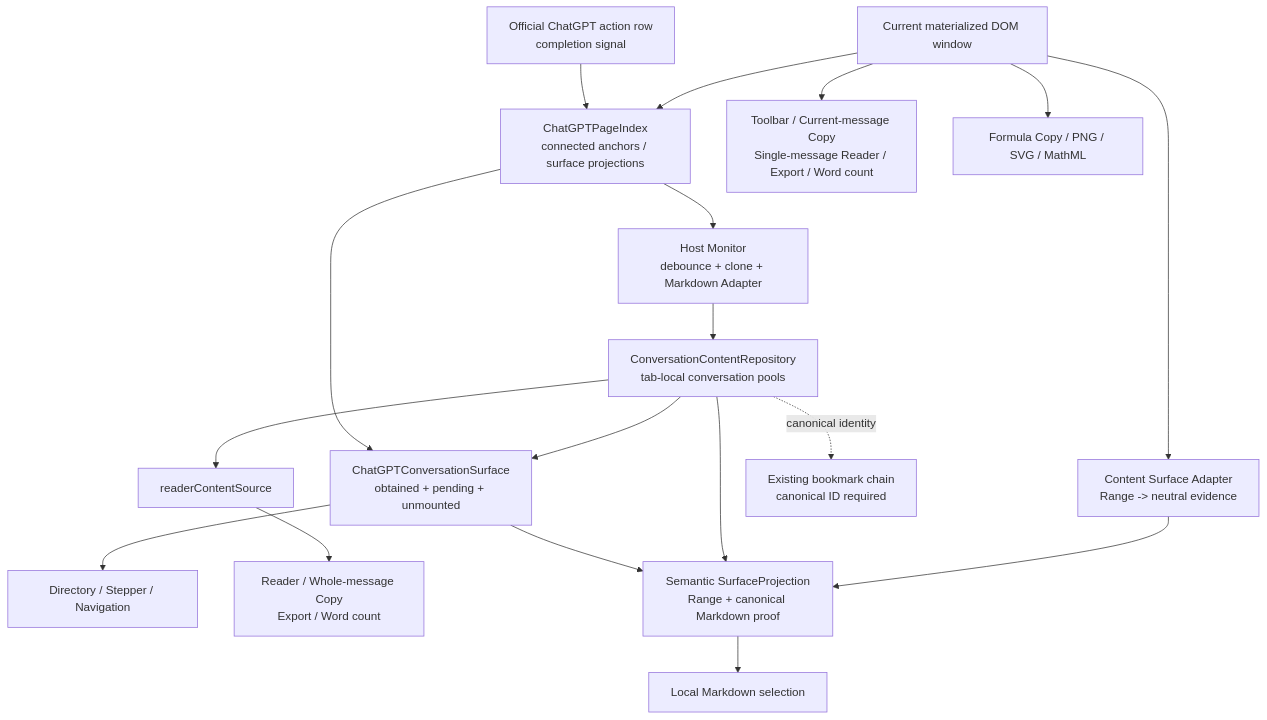
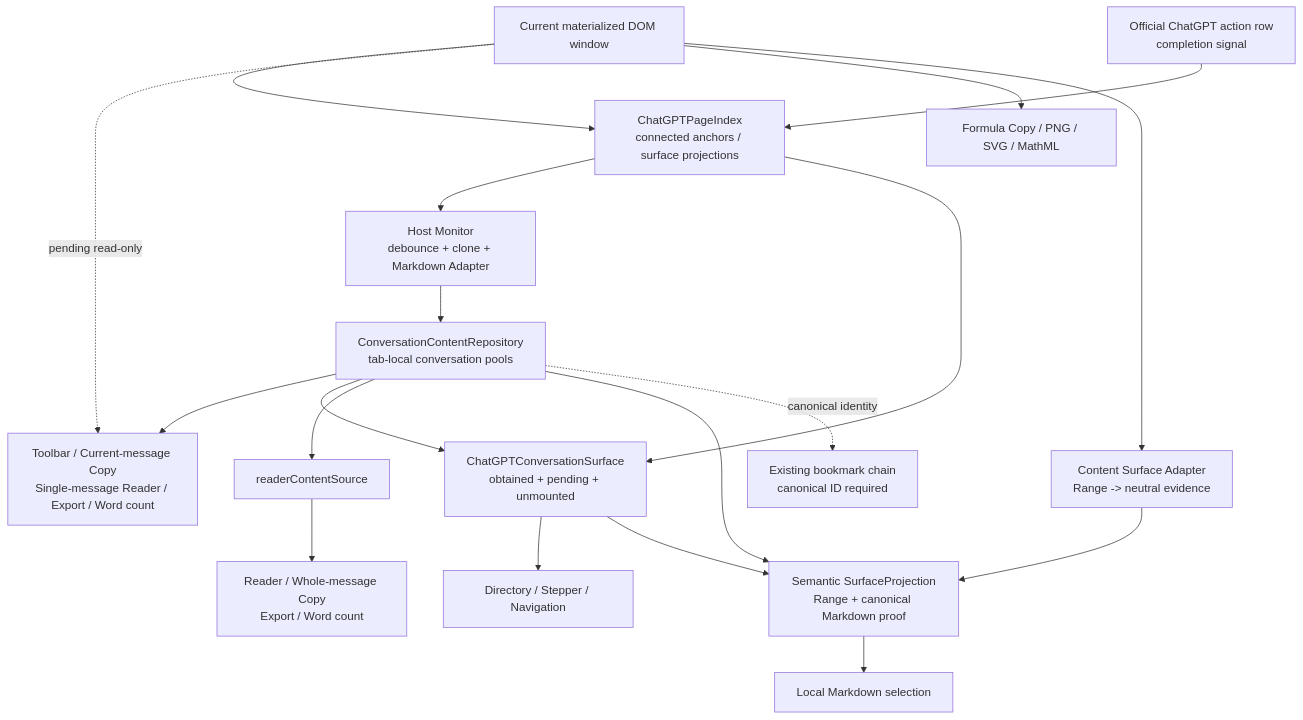
One commit to zhaoliangbin42/AI-MarkDone changed the diagram in docs/architecture/CURRENT_STATE.md. Above: the diagram before and after it, drawn with Mermaid. The commit also changed other lines of this file and 58 other files, not shown here.

````diff
--- a/docs/architecture/CURRENT_STATE.md
+++ b/docs/architecture/CURRENT_STATE.md
@@ -447,35 +452,36 @@
 ```mermaid
 flowchart TD
     Action["Official ChatGPT action row<br/>completion signal"]
     HostMonitor["Host Monitor<br/>debounce + clone + Markdown Adapter"]
     Repository["ConversationContentRepository<br/>tab-local conversation pools"]
     DOM["Current materialized DOM window"]
     PageIndex["ChatGPTPageIndex<br/>connected anchors / surface projections"]
     ConversationSurface["ChatGPTConversationSurface<br/>obtained + pending + unmounted"]
     SurfaceConsumers["Directory / Stepper / Navigation"]
     LocalActions["Toolbar / Current-message Copy<br/>Single-message Reader / Export / Word count"]
     ReaderSource["readerContentSource"]
     BodyConsumers["Reader / Whole-message Copy<br/>Export / Word count"]
     FormulaConsumers["Formula Copy / PNG / SVG / MathML"]
     SurfaceAdapter["Content Surface Adapter<br/>Range -> neutral evidence"]
     SurfaceProjection["Semantic SurfaceProjection<br/>Range + canonical Markdown proof"]
     SelectionConsumers["Local Markdown selection"]
     Bookmark["Existing bookmark chain<br/>canonical ID required"]
 
     DOM --> PageIndex
-    DOM --> LocalActions
+    DOM -. "pending read-only" .-> LocalActions
+    Repository --> LocalActions
     Action --> PageIndex
     PageIndex --> HostMonitor
     HostMonitor --> Repository
     Repository --> ConversationSurface
     PageIndex --> ConversationSurface
     ConversationSurface --> SurfaceConsumers
     Repository --> ReaderSource --> BodyConsumers
     DOM --> FormulaConsumers
     DOM --> SurfaceAdapter
     SurfaceAdapter --> SurfaceProjection
     Repository --> SurfaceProjection
     ConversationSurface --> SurfaceProjection
     SurfaceProjection --> SelectionConsumers
     Repository -. "canonical identity" .-> Bookmark
 ```
````
